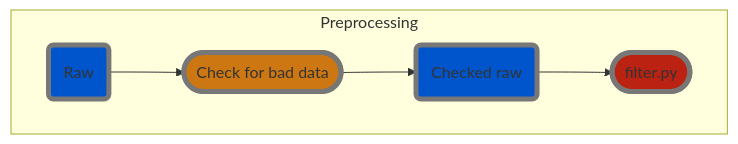
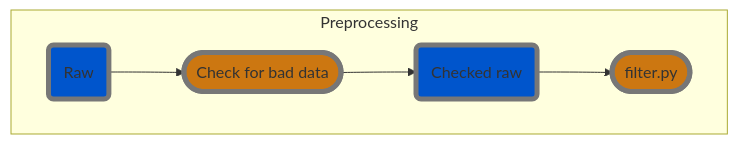
The diagram in README.md (hiroyoshi-yamasaki/MNE-MVPA), drawn with Mermaid before and after one commit.

Commit message:
mermaid not working on github

````diff
--- a/README.md
+++ b/README.md
@@ -4,26 +4,26 @@
 ```mermaid
 graph TD
     %% Processes
     classDef automatic_process fill: #b21, stroke-width: 5px, stroke: #777
     classDef manual_process fill: #c71, stroke-width: 5px, stroke: #777
     
     %% Data
     classDef mne_data fill: #05c, stroke-width: 5px, stroke: #777
     classDef event_data fill: #260, stroke-width: 5px, stroke: #777
     classDef other_data fill: #55c, stroke-width: 5px, stroke: #777
 
     %% Preprocessing MEG data
     subgraph "Preprocessing"
     
         %% Manual check for bad channels, artefacts etc.
         raw_data("Raw"):::mne_data --> check_raw(["Check for bad data"]):::manual_process;
         check_raw --> checked_raw("Checked raw"):::mne_data;
     
-        checked_raw --> filter(["filter.py"]):::automatic_process;
+        checked_raw --> filter(["filter.py"]):::manual_process;
         %%filter --> filtered_raw("Filtered raw"):::mne_data;
         
         
         
     end
     
 ```
````
